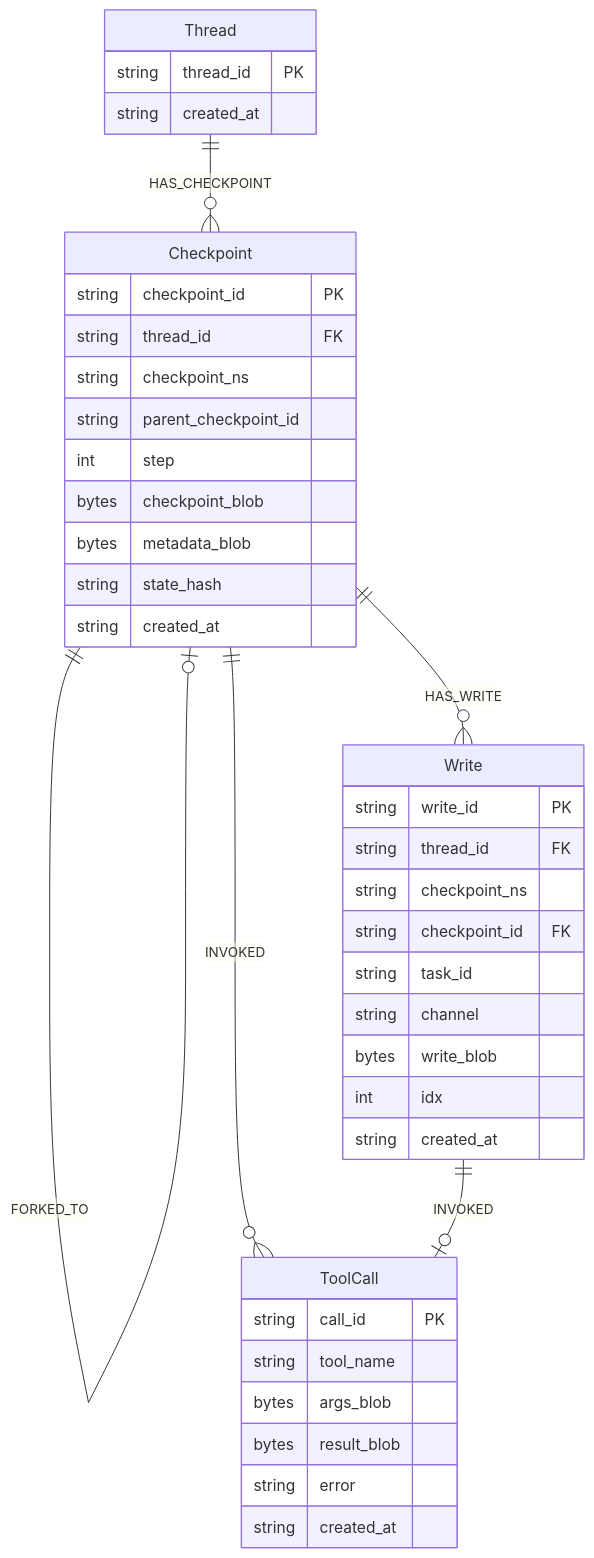
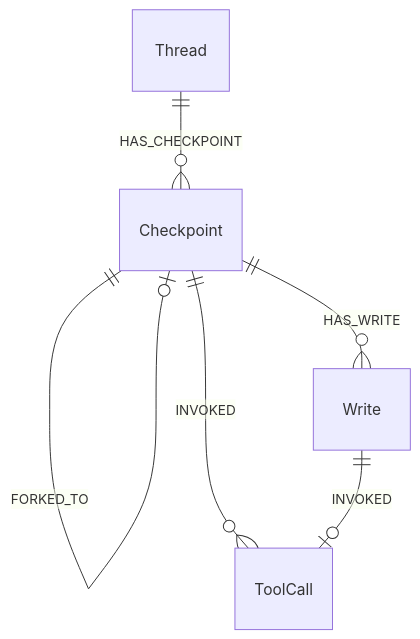
The second of 2 diagrams in docs/ARCHITECTURE.md (jegadeesh17/RelateGraphSaver), drawn with Mermaid before and after one commit. The commit also changed other lines of this file and 41 other files, not shown here.

````diff
--- a/docs/ARCHITECTURE.md
+++ b/docs/ARCHITECTURE.md
@@ -107,47 +114,9 @@
 ```mermaid
 erDiagram
     Thread ||--o{ Checkpoint : "HAS_CHECKPOINT"
     Checkpoint ||--o| Checkpoint : "NEXT"
     Checkpoint ||--o| Checkpoint : "FORKED_TO"
     Checkpoint ||--o{ Write : "HAS_WRITE"
     Checkpoint ||--o{ ToolCall : "INVOKED"
     Write ||--o| ToolCall : "INVOKED"
-
-    Thread {
-        string thread_id PK
-        string created_at
-    }
-
-    Checkpoint {
-        string checkpoint_id PK
-        string thread_id FK
-        string checkpoint_ns
-        string parent_checkpoint_id
-        int step
-        bytes checkpoint_blob
-        bytes metadata_blob
-        string state_hash
-        string created_at
-    }
-
-    Write {
-        string write_id PK
-        string thread_id FK
-        string checkpoint_ns
-        string checkpoint_id FK
-        string task_id
-        string channel
-        bytes write_blob
-        int idx
-        string created_at
-    }
-
-    ToolCall {
-        string call_id PK
-        string tool_name
-        bytes args_blob
-        bytes result_blob
-        string error
-        string created_at
-    }
 ```
````
